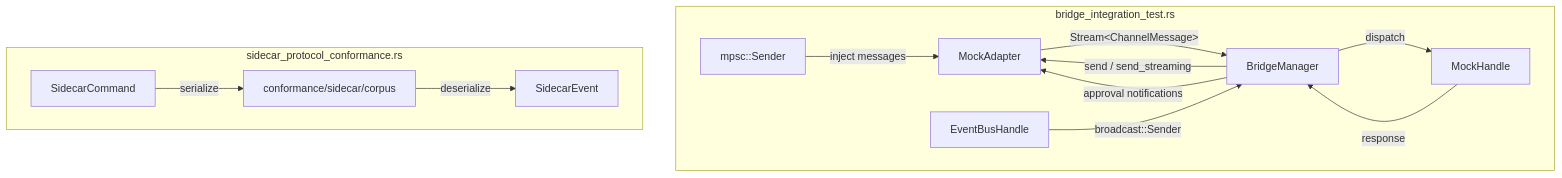
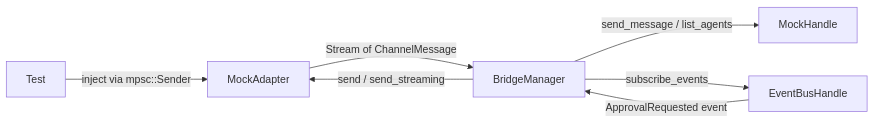
Before and after one commit to leszek3737/librefang-WIki: the diagram in other-librefang-channels-tests.md, drawn with Mermaid. The commit also changed other lines of this file and 122 other files, not shown here.

````diff
--- a/other-librefang-channels-tests.md
+++ b/other-librefang-channels-tests.md
@@ -11,17 +22,9 @@
 ```mermaid
-graph TD
-    subgraph "bridge_integration_test.rs"
-        TX[mpsc::Sender] -->|inject messages| MA[MockAdapter]
-        MA -->|Stream&lt;ChannelMessage&gt;| BM[BridgeManager]
-        BM -->|dispatch| MH[MockHandle]
-        MH -->|response| BM
-        BM -->|send / send_streaming| MA
-        EB[EventBusHandle] -->|broadcast::Sender| BM
-        BM -->|approval notifications| MA
-    end
-
-    subgraph "sidecar_protocol_conformance.rs"
-        CORPUS[conformance/sidecar/corpus] -->|deserialize| SE[SidecarEvent]
-        SC[SidecarCommand] -->|serialize| CORPUS
-    end
+graph LR
+    T[Test] -->|inject via mpsc::Sender| MA[MockAdapter]
+    MA -->|Stream of ChannelMessage| BM[BridgeManager]
+    BM -->|send_message / list_agents| MH[MockHandle]
+    BM -->|send / send_streaming| MA
+    BM -->|subscribe_events| EB[EventBusHandle]
+    EB -->|ApprovalRequested event| BM
 ```
````
